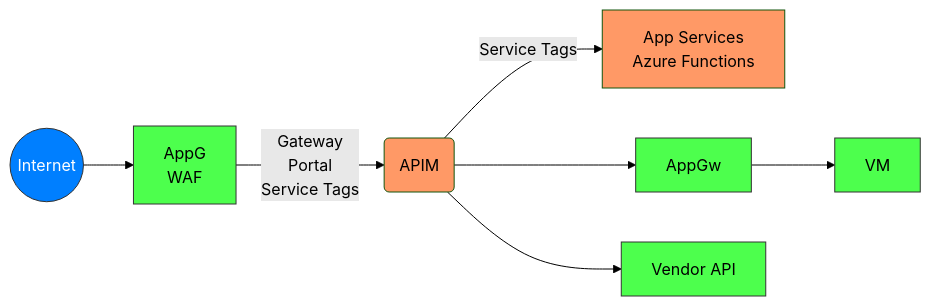
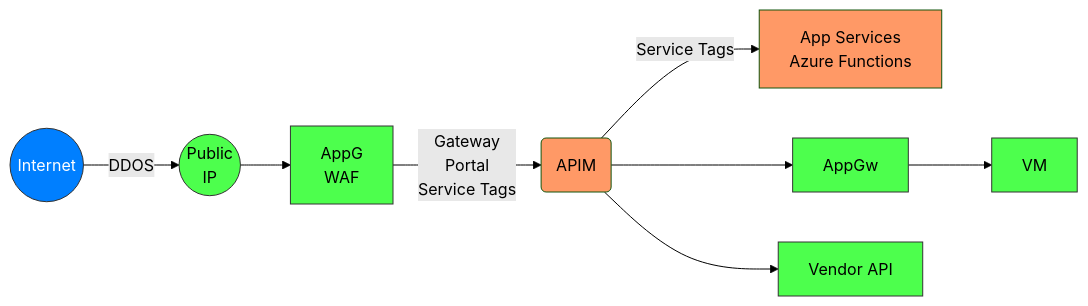
One commit to msalemor/azure-apim-networking changed the second of 2 diagrams in README.md. Above: the diagram before and after it, drawn with Mermaid (forest theme).

````diff
--- a/README.md
+++ b/README.md
@@ -34,14 +34,16 @@
 ```mermaid
 graph LR;
-    A((Internet))-->Z[AppG<br/>WAF];
+    A((Internet))--DDOS-->X((Public<br/>IP));
+    X-->Z;
+    Z[AppG<br/>WAF];
     Z--Gateway<br/>Portal<br/>Service Tags-->B(APIM);
     B--Service Tags-->C[App Services<br/>Azure Functions]
     B-->D[AppGw];
     D-->F[VM];
     B-->E[Vendor API];
     style A fill:#007FFF,stroke:#333,stroke-width:1px,color:#fff;    
     classDef someclass fill:#4DFF4D,stroke:#333,stroke-width:1px,color:black;
-    class Z,D,E,F someclass;
+    class Z,D,E,F,X someclass;
     classDef someclass1 fill:#f96,color:black;
     class C,B someclass1;
 ```
````
